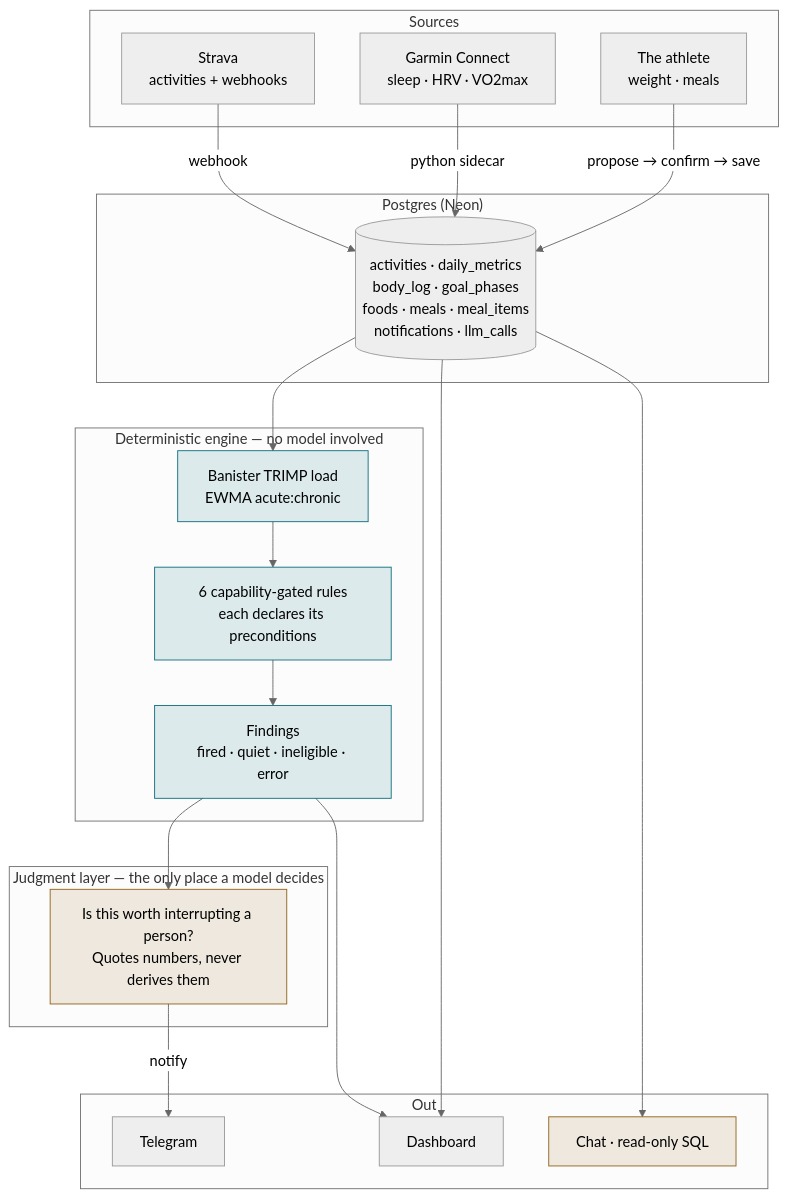
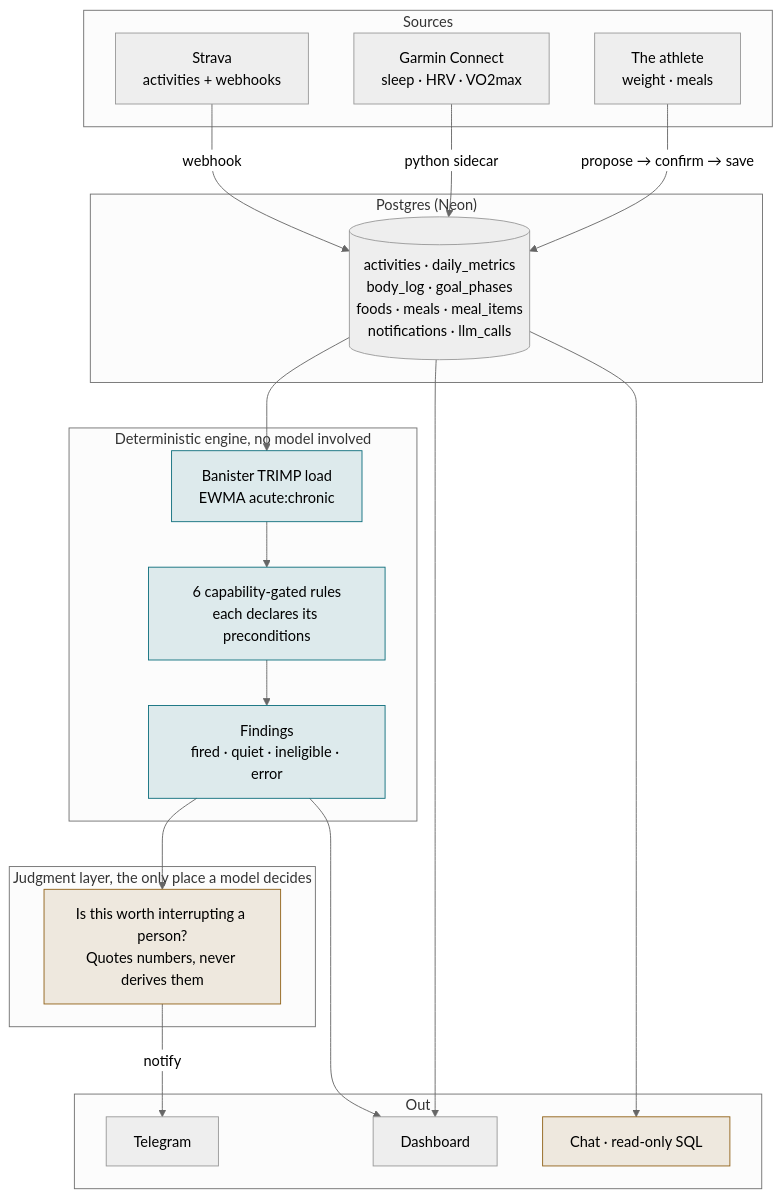
Before and after one commit to krishnk157/run-nudge: the diagram in README.md, drawn with Mermaid (neutral theme). The commit also changed other lines of this file and 9 other files, not shown here.

````diff
--- a/README.md
+++ b/README.md
@@ -29,42 +29,42 @@
 ```mermaid
 flowchart TB
   subgraph sources["Sources"]
     ST["Strava<br/>activities + webhooks"]
     GA["Garmin Connect<br/>sleep · HRV · VO2max"]
     ME["The athlete<br/>weight · meals"]
   end
 
   subgraph store["Postgres (Neon)"]
     DB[("activities · daily_metrics<br/>body_log · goal_phases<br/>foods · meals · meal_items<br/>notifications · llm_calls")]
   end
 
-  subgraph engine["Deterministic engine — no model involved"]
+  subgraph engine["Deterministic engine, no model involved"]
     LOAD["Banister TRIMP load<br/>EWMA acute:chronic"]
     RULES["6 capability-gated rules<br/>each declares its preconditions"]
     FIND["Findings<br/>fired · quiet · ineligible · error"]
   end
 
-  subgraph judge["Judgment layer — the only place a model decides"]
+  subgraph judge["Judgment layer, the only place a model decides"]
     JU["Is this worth interrupting a person?<br/>Quotes numbers, never derives them"]
   end
 
   subgraph out["Out"]
     TG["Telegram"]
     DASH["Dashboard"]
     CHAT["Chat · read-only SQL"]
   end
 
   ST -->|webhook| DB
   GA -->|python sidecar| DB
   ME -->|propose → confirm → save| DB
   DB --> LOAD --> RULES --> FIND --> JU
   JU -->|notify| TG
   FIND --> DASH
   DB --> CHAT
   DB --> DASH
 
   classDef det fill:#0f6f7d22,stroke:#0f6f7d
   classDef llm fill:#91631a22,stroke:#91631a
   class LOAD,RULES,FIND det
   class JU,CHAT llm
 ```
````
